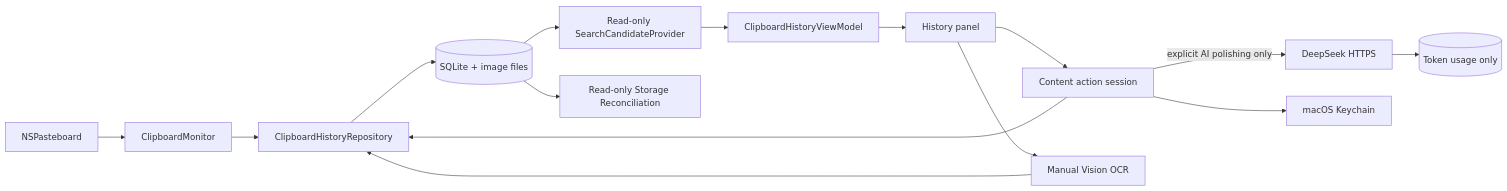
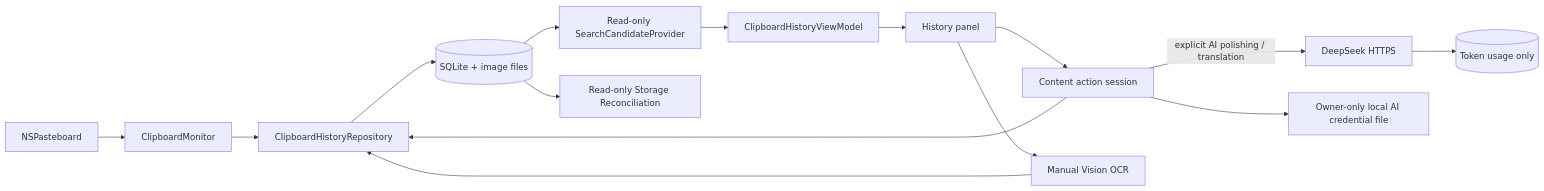
One commit to peibinliang/MacPasteHistory changed the first of 3 diagrams in docs/architecture/overall-architecture.md. Above: the diagram before and after it, drawn with Mermaid. The commit also changed other lines of this file and 5 other files, not shown here.

````diff
--- a/docs/architecture/overall-architecture.md
+++ b/docs/architecture/overall-architecture.md
@@ -5,17 +5,17 @@
 ```mermaid
 flowchart LR
     PB[NSPasteboard] --> MON[ClipboardMonitor]
     MON --> REP[ClipboardHistoryRepository]
     REP --> DB[(SQLite + image files)]
     DB --> SEARCH[Read-only SearchCandidateProvider]
     DB --> RECON[Read-only Storage Reconciliation]
     SEARCH --> VM[ClipboardHistoryViewModel]
     VM --> PANEL[History panel]
     PANEL --> ACTION[Content action session]
     ACTION --> REP
-    ACTION -->|explicit AI polishing only| AI[DeepSeek HTTPS]
+    ACTION -->|explicit AI polishing / translation| AI[DeepSeek HTTPS]
     AI --> TOKEN[(Token usage only)]
-    ACTION --> KEY[macOS Keychain]
+    ACTION --> KEY[Owner-only local AI credential file]
     PANEL --> OCR[Manual Vision OCR]
     OCR --> REP
 ```
````
